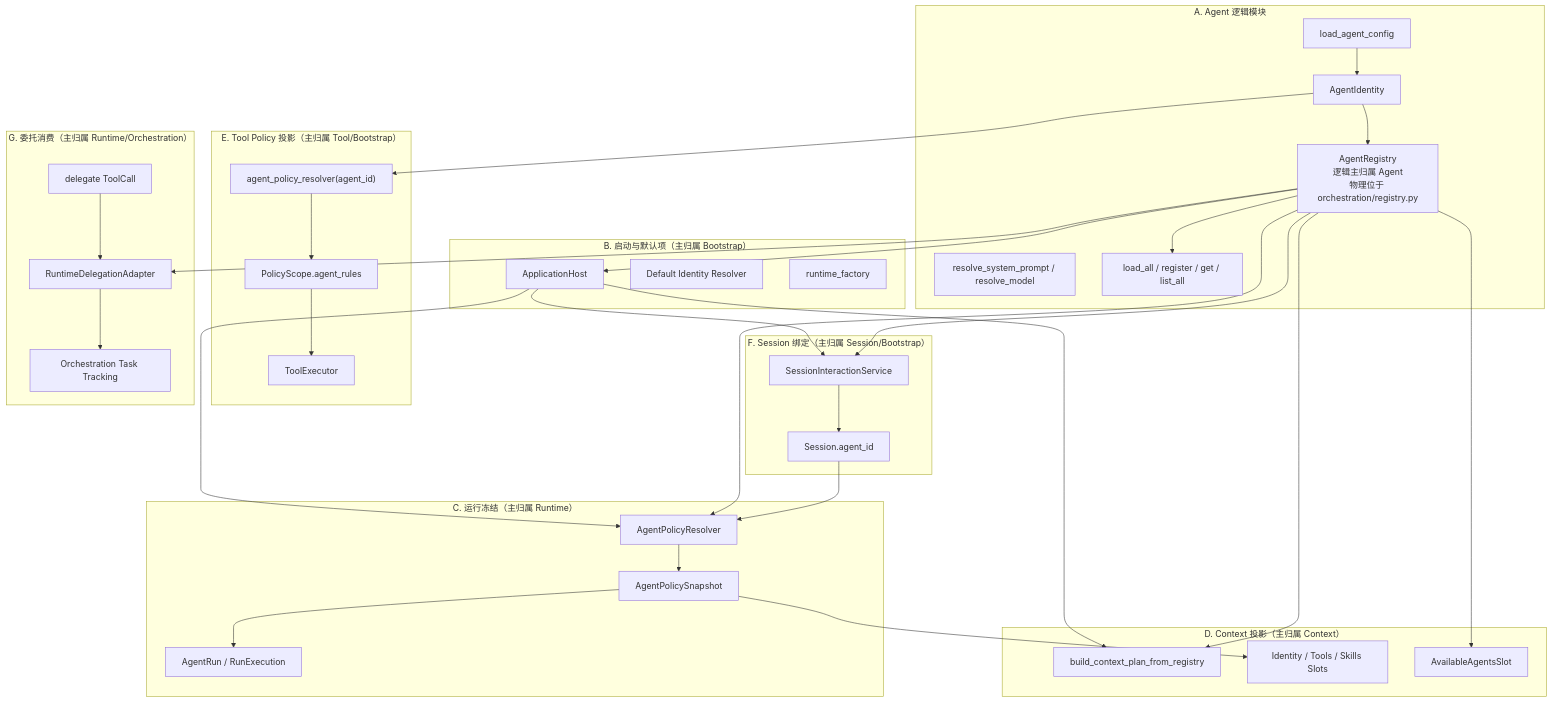
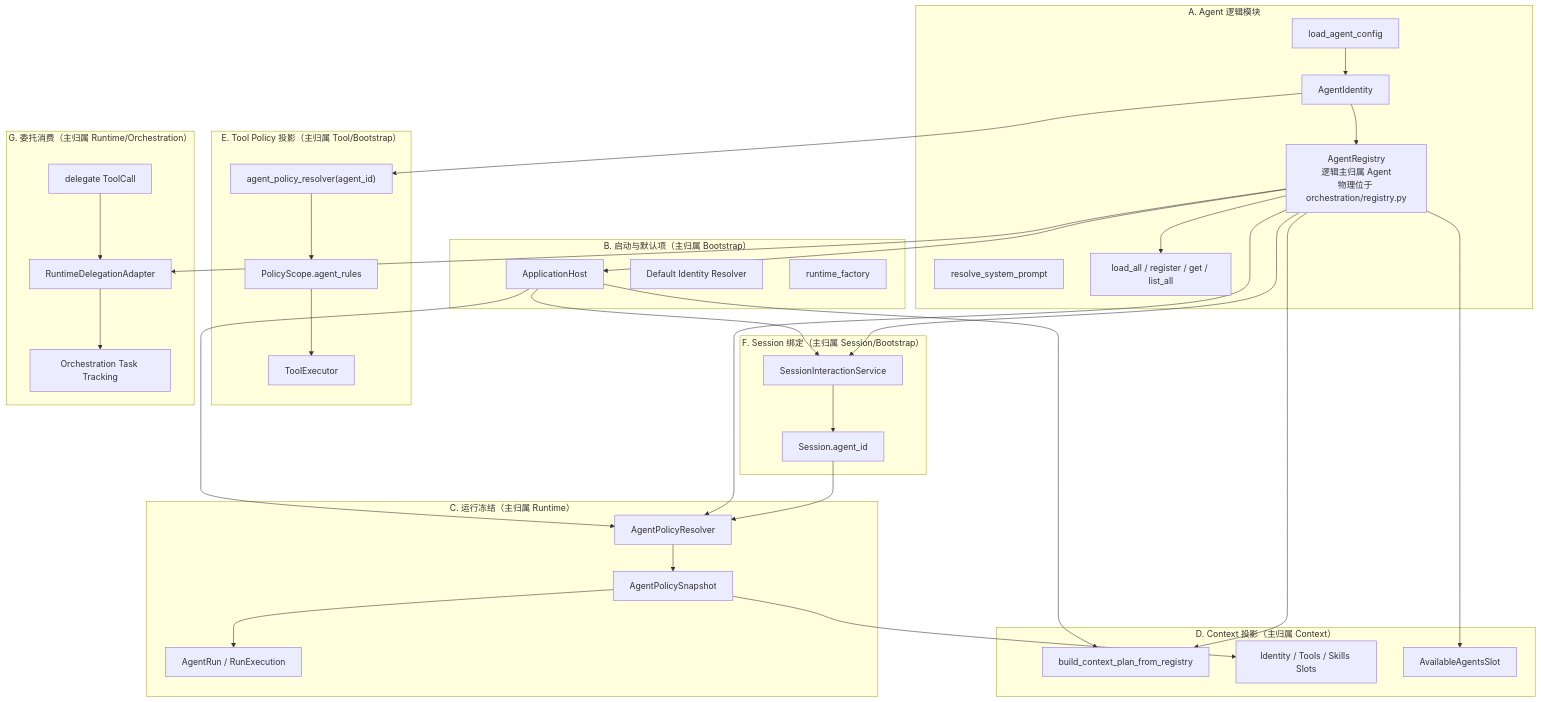
Before and after one commit to aandbcct/dotClaw: the fifth of 19 diagrams in docs/wiki/Agent 与 Identity 模块总体说明.md, drawn with Mermaid. The commit also changed other lines of this file and 7 other files, not shown here.

````diff
--- a/docs/wiki/Agent 与 Identity 模块总体说明.md
+++ b/docs/wiki/Agent 与 Identity 模块总体说明.md
@@ -260,73 +260,73 @@
 ```mermaid
 flowchart TB
     subgraph AgentModule["A. Agent 逻辑模块"]
         Identity["AgentIdentity"]
         Loader["load_agent_config"]
-        Resolve["resolve_system_prompt / resolve_model"]
+        Resolve["resolve_system_prompt"]
         Registry["AgentRegistry<br/>逻辑主归属 Agent<br/>物理位于 orchestration/registry.py"]
         DirectoryAPI["load_all / register / get / list_all"]
     end
 
     subgraph BootstrapBoundary["B. 启动与默认项（主归属 Bootstrap）"]
         Host["ApplicationHost"]
         Default["Default Identity Resolver"]
         Factory["runtime_factory"]
     end
 
     subgraph RuntimeBoundary["C. 运行冻结（主归属 Runtime）"]
         PolicyResolver["AgentPolicyResolver"]
         PolicySnapshot["AgentPolicySnapshot"]
         Run["AgentRun / RunExecution"]
     end
 
     subgraph ContextBoundary["D. Context 投影（主归属 Context）"]
         Plan["build_context_plan_from_registry"]
         AgentSlots["Identity / Tools / Skills Slots"]
         Available["AvailableAgentsSlot"]
     end
 
     subgraph ToolBoundary["E. Tool Policy 投影（主归属 Tool/Bootstrap）"]
         ToolPolicyLoader["agent_policy_resolver(agent_id)"]
         Scope["PolicyScope.agent_rules"]
         Executor["ToolExecutor"]
     end
 
     subgraph SessionBoundary["F. Session 绑定（主归属 Session/Bootstrap）"]
         Session["Session.agent_id"]
         Interaction["SessionInteractionService"]
     end
 
     subgraph DelegationBoundary["G. 委托消费（主归属 Runtime/Orchestration）"]
         Delegate["delegate ToolCall"]
         Adapter["RuntimeDelegationAdapter"]
         TaskTracking["Orchestration Task Tracking"]
     end
 
     Loader --> Identity
     Identity --> Registry
     Registry --> DirectoryAPI
     Registry --> Host
     Host --> PolicyResolver
     Host --> Plan
     Host --> Interaction
 
     Registry --> PolicyResolver
     PolicyResolver --> PolicySnapshot
     PolicySnapshot --> Run
 
     Registry --> Plan
     PolicySnapshot --> AgentSlots
     Registry --> Available
 
     Identity --> ToolPolicyLoader
     ToolPolicyLoader --> Scope
     Scope --> Executor
 
     Registry --> Interaction
     Interaction --> Session
     Session --> PolicyResolver
 
     Registry --> Adapter
     Delegate --> Adapter
     Adapter --> TaskTracking
 ```
````
